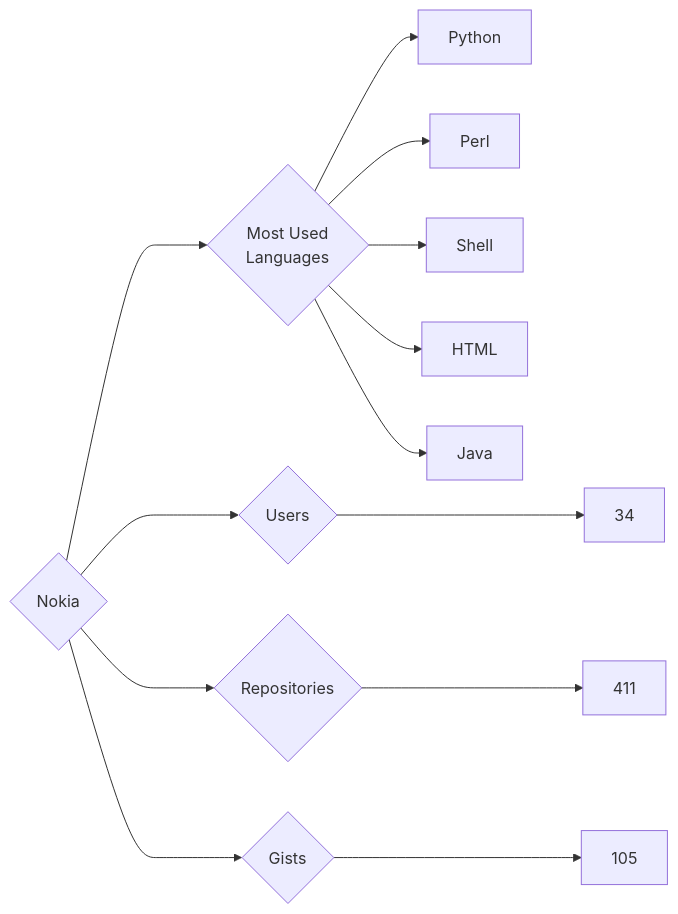
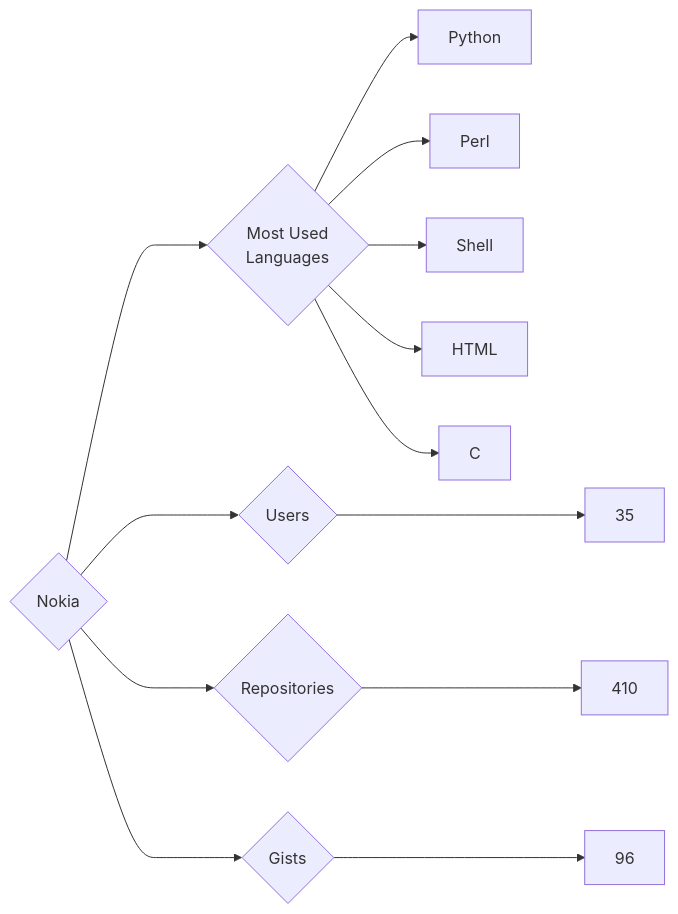
The diagram in targets/Nokia/README.md (trickest/insiders), drawn with Mermaid before and after one commit. The commit also changed 953 other files, not shown here.

````diff
--- a/targets/Nokia/README.md
+++ b/targets/Nokia/README.md
@@ -3,13 +3,13 @@
 ```mermaid
 graph LR
 COMPANY_NAME{Nokia}
-COMPANY_NAME ---> U{Users} ---> UN[34]
-COMPANY_NAME ---> R{Repositories} ---> RN[411]
-COMPANY_NAME ---> G{Gists} ---> GN[105]
+COMPANY_NAME ---> U{Users} ---> UN[35]
+COMPANY_NAME ---> R{Repositories} ---> RN[410]
+COMPANY_NAME ---> G{Gists} ---> GN[96]
 COMPANY_NAME ---> ML{Most Used<br>Languages}
 ML --> Python[Python]
 ML --> Perl[Perl]
 ML --> Shell[Shell]
 ML --> HTML[HTML]
-ML --> Java[Java]
+ML --> C[C]
 ```
````
